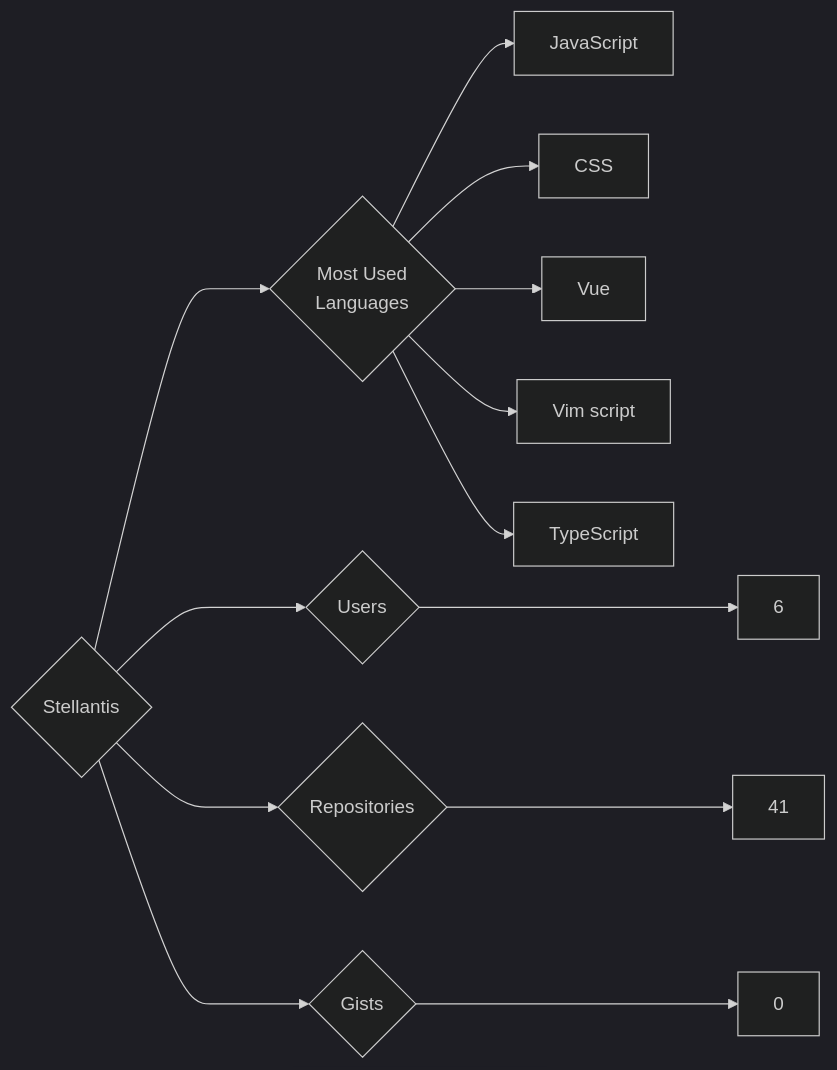
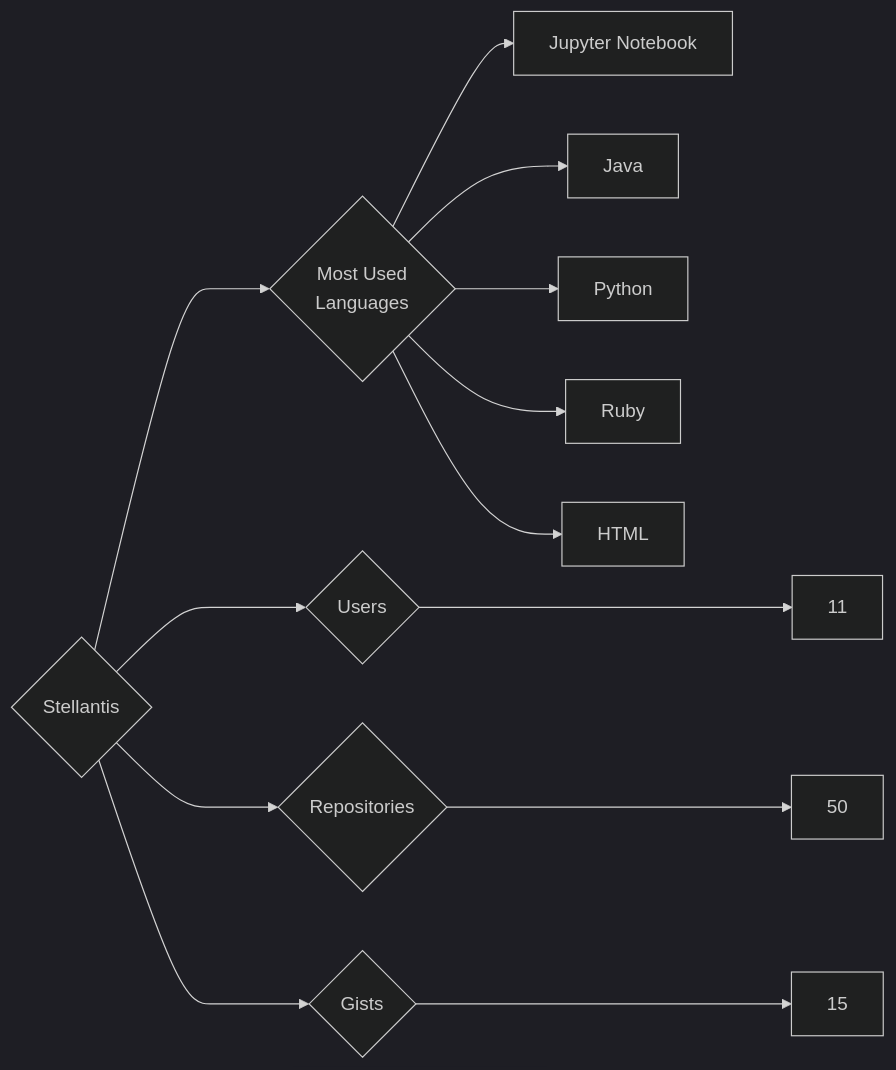
The diagram in targets/Stellantis/README.md (trickest/insiders), drawn with Mermaid (dark theme) before and after one commit. The commit also changed 891 other files, not shown here.

````diff
--- a/targets/Stellantis/README.md
+++ b/targets/Stellantis/README.md
@@ -3,13 +3,13 @@
 ```mermaid
 graph LR
 COMPANY_NAME{Stellantis}
-COMPANY_NAME ---> U{Users} ---> UN[6]
-COMPANY_NAME ---> R{Repositories} ---> RN[41]
-COMPANY_NAME ---> G{Gists} ---> GN[0]
+COMPANY_NAME ---> U{Users} ---> UN[11]
+COMPANY_NAME ---> R{Repositories} ---> RN[50]
+COMPANY_NAME ---> G{Gists} ---> GN[15]
 COMPANY_NAME ---> ML{Most Used<br>Languages}
-ML --> JavaScript[JavaScript]
-ML --> CSS[CSS]
-ML --> Vue[Vue]
-ML --> Vim_script[Vim script]
-ML --> TypeScript[TypeScript]
+ML --> Jupyter_Notebook[Jupyter Notebook]
+ML --> Java[Java]
+ML --> Python[Python]
+ML --> Ruby[Ruby]
+ML --> HTML[HTML]
 ```
````
